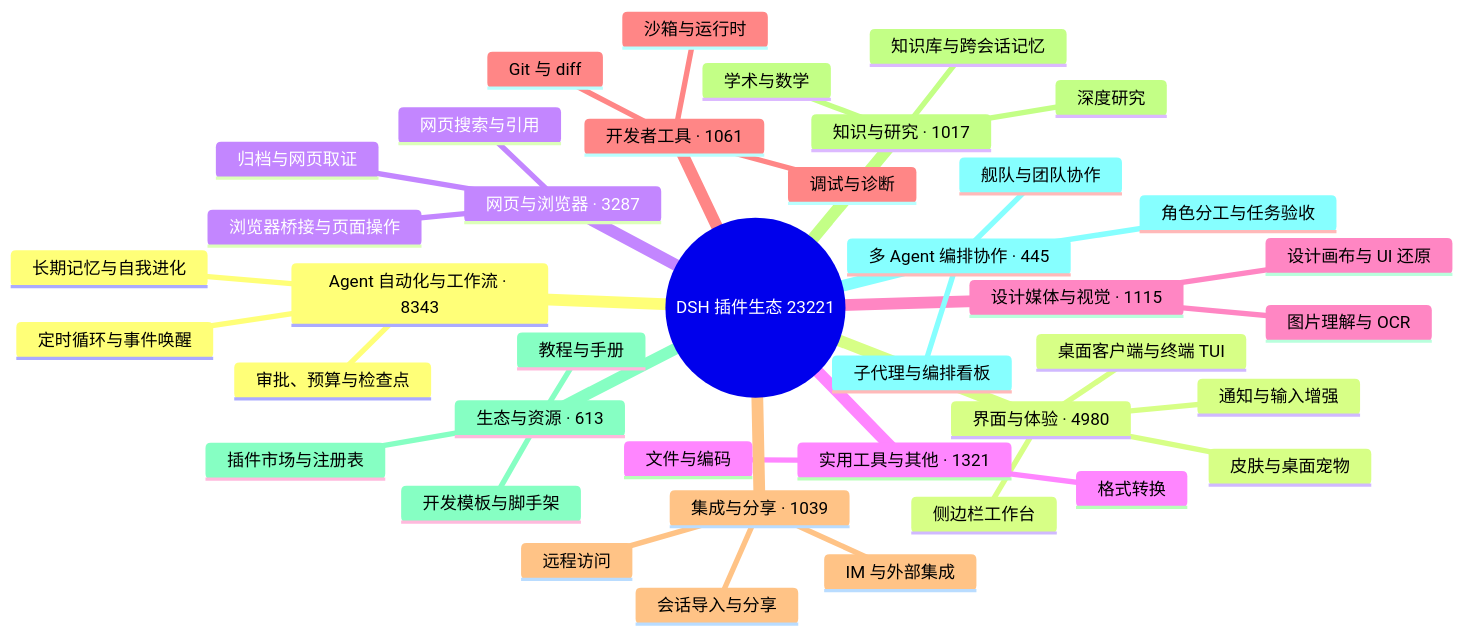
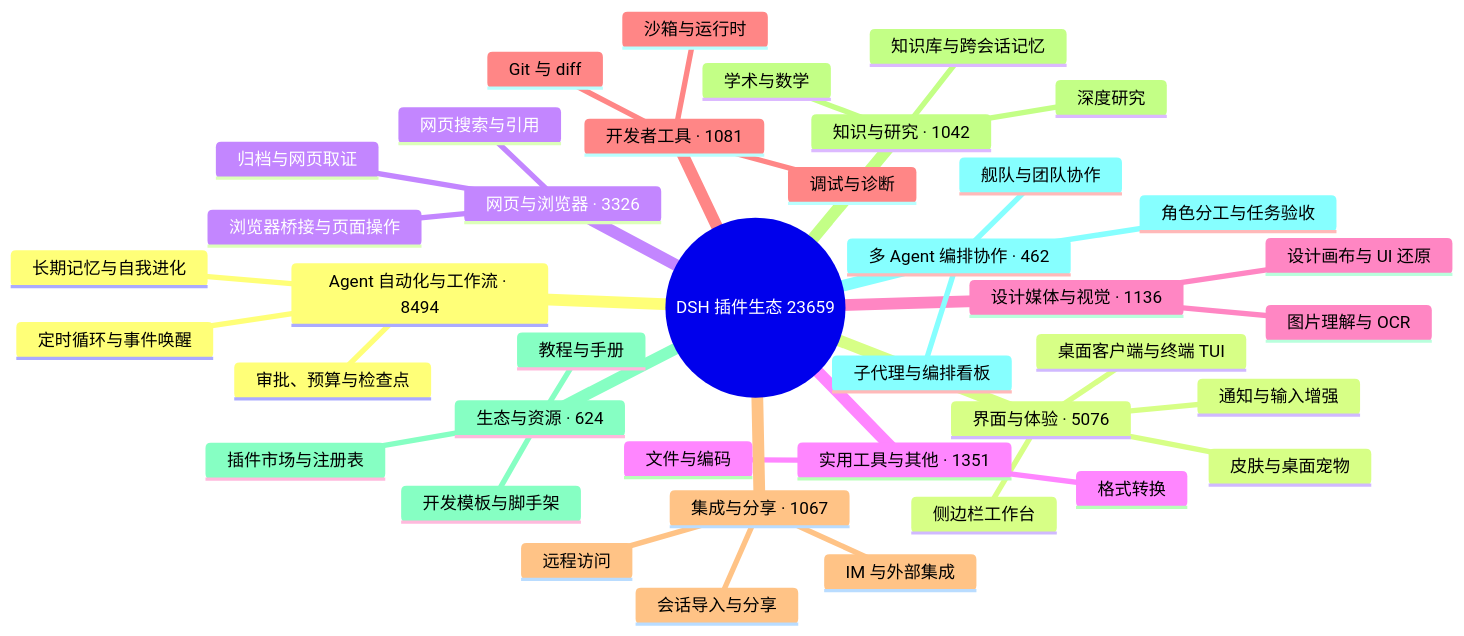
Before and after one commit to bruc3van/awesome-dsh-plugin: the diagram in README.md, drawn with Mermaid. The commit also changed other lines of this file and 27 other files, not shown here.

````diff
--- a/README.md
+++ b/README.md
@@ -32,43 +32,43 @@
 ```mermaid
 mindmap
-  root((DSH 插件生态 23221))
-    Agent 自动化与工作流 · 8343
+  root((DSH 插件生态 23659))
+    Agent 自动化与工作流 · 8494
       定时循环与事件唤醒
       长期记忆与自我进化
       审批、预算与检查点
-    界面与体验 · 4980
+    界面与体验 · 5076
       桌面客户端与终端 TUI
       侧边栏工作台
       皮肤与桌面宠物
       通知与输入增强
-    网页与浏览器 · 3287
+    网页与浏览器 · 3326
       浏览器桥接与页面操作
       网页搜索与引用
       归档与网页取证
-    实用工具与其他 · 1321
+    实用工具与其他 · 1351
       文件与编码
       格式转换
-    设计媒体与视觉 · 1115
+    设计媒体与视觉 · 1136
       图片理解与 OCR
       设计画布与 UI 还原
-    开发者工具 · 1061
+    开发者工具 · 1081
       Git 与 diff
       沙箱与运行时
       调试与诊断
-    集成与分享 · 1039
+    集成与分享 · 1067
       会话导入与分享
       远程访问
       IM 与外部集成
-    知识与研究 · 1017
+    知识与研究 · 1042
       知识库与跨会话记忆
       深度研究
       学术与数学
-    生态与资源 · 613
+    生态与资源 · 624
       插件市场与注册表
       开发模板与脚手架
       教程与手册
-    多 Agent 编排协作 · 445
+    多 Agent 编排协作 · 462
       子代理与编排看板
       舰队与团队协作
       角色分工与任务验收
 ```
````
